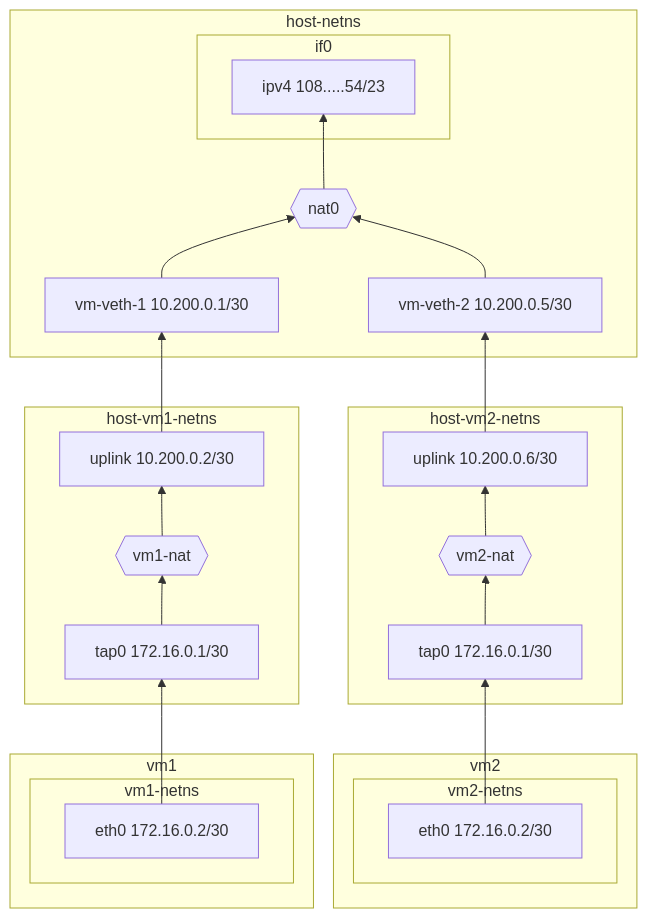
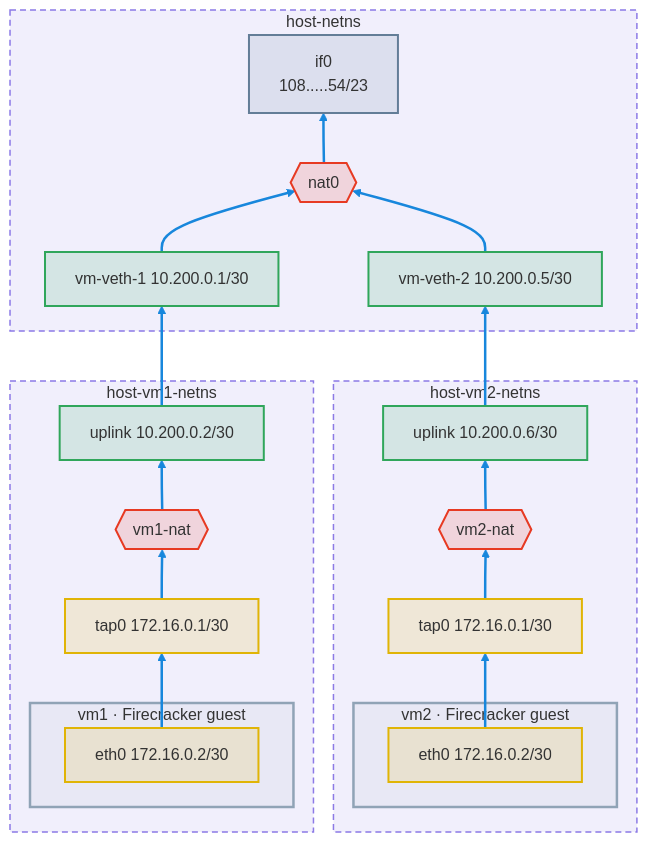
The second of 3 diagrams in docs/cookbook/networking.md (harmont-dev/hyper), drawn with Mermaid before and after one commit. The commit also changed other lines of this file and 6 other files, not shown here.

````diff
--- a/docs/cookbook/networking.md
+++ b/docs/cookbook/networking.md
@@ -78,41 +85,50 @@
 ```mermaid
 flowchart BT
     subgraph host-netns
-        subgraph if0
-            ipv4["ipv4 108.....54/23"]
-        end
+        if0["if0<br>108.....54/23"]
 
         nat0{{"nat0"}}
 
         veth1["vm-veth-1 10.200.0.1/30"]
         veth2["vm-veth-2 10.200.0.5/30"]
     end
 
     subgraph host-vm1-netns
         uplink1["uplink 10.200.0.2/30"]
         nat1{{"vm1-nat"}}
         tap1["tap0 172.16.0.1/30"]
+
+        subgraph vm1["vm1 · Firecracker guest"]
+            eth1["eth0 172.16.0.2/30"]
+        end
     end
 
     subgraph host-vm2-netns
         uplink2["uplink 10.200.0.6/30"]
         nat2{{"vm2-nat"}}
         tap2["tap0 172.16.0.1/30"]
-    end
 
-    subgraph vm1
-        subgraph vm1-netns
-            eth1["eth0 172.16.0.2/30"]
-        end
-    end
-
-    subgraph vm2
-        subgraph vm2-netns
+        subgraph vm2["vm2 · Firecracker guest"]
             eth2["eth0 172.16.0.2/30"]
         end
     end
 
     eth1 --> tap1 --> nat1 --> uplink1 --> veth1 --> nat0
     eth2 --> tap2 --> nat2 --> uplink2 --> veth2 --> nat0
-    nat0 --> ipv4
+    nat0 --> if0
+
+    linkStyle 0,1,2,3,4,5,6,7,8,9,10 stroke:#1887dc,stroke-width:2.5px
+
+    classDef netns fill:#8c7ae61f,stroke:#8c7ae6,stroke-width:1.5px,stroke-dasharray:6 4
+    classDef guest fill:#90a3b61a,stroke:#90a3b6,stroke-width:2.5px
+    classDef nic fill:#637d9726,stroke:#637d97,stroke-width:2px
+    classDef veth fill:#30a65b26,stroke:#30a65b,stroke-width:2px
+    classDef tap fill:#e0b40626,stroke:#e0b406,stroke-width:2px
+    classDef nat fill:#e73a2326,stroke:#e73a23,stroke-width:2px
+    class host-netns,host-vm1-netns,host-vm2-netns netns
+    class vm1,vm2 guest
+    class if0 nic
+    class veth1,veth2,uplink1,uplink2 veth
+    class tap1,tap2,eth1,eth2 tap
+    class nat0,nat1,nat2 nat
 ```
````
